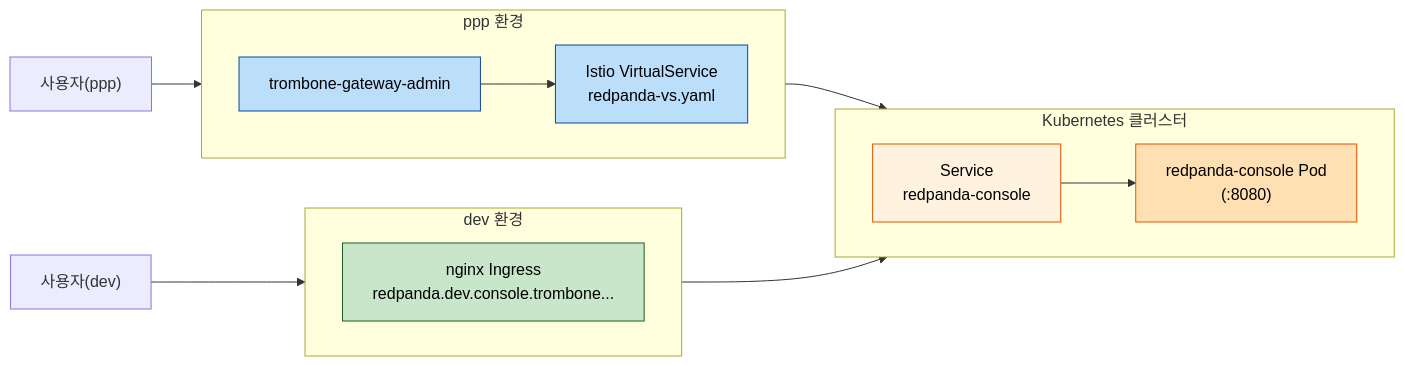
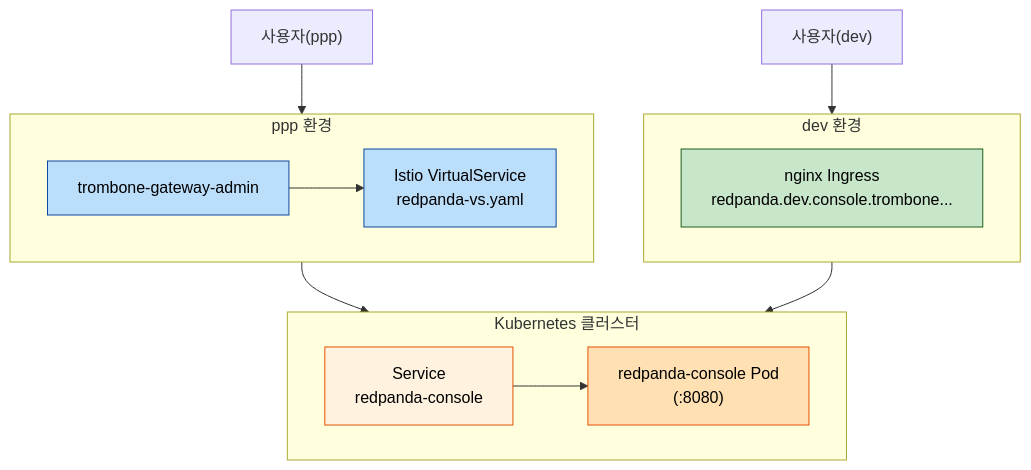
Before and after one commit to scofe97/StduyWrite: the first of 4 diagrams in write/04_messaging/04_BrokerArchitecture/02-02.Redpanda Console 인증.md, drawn with Mermaid. The commit also changed other lines of this file and 19 other files, not shown here.

First line of the commit message:
[runners-high] docs: 04_BrokerArchitecture 폴더 정리 — README 신설 + 학습문서 규칙 수리

````diff
--- a/write/04_messaging/04_BrokerArchitecture/02-02.Redpanda Console 인증.md
+++ b/write/04_messaging/04_BrokerArchitecture/02-02.Redpanda Console 인증.md
@@ -25,27 +29,27 @@
 ```mermaid
-flowchart LR
+graph TD
   subgraph Cluster["Kubernetes 클러스터"]
     direction LR
     POD["redpanda-console Pod<br/>(:8080)"]
     SVC["Service<br/>redpanda-console"]
     SVC --> POD
   end
   subgraph DEV["dev 환경"]
     direction LR
     INGRESS["nginx Ingress<br/>redpanda.dev.console.trombone..."]
   end
   subgraph PPP["ppp 환경"]
     direction LR
     VS["Istio VirtualService<br/>redpanda-vs.yaml"]
     GW["trombone-gateway-admin"]
     GW --> VS
   end
   USER1["사용자(dev)"] --> INGRESS --> SVC
   USER2["사용자(ppp)"] --> GW
   VS --> SVC
   style POD fill:#FFE0B2,color:#000,stroke:#E65100
   style SVC fill:#FFF3E0,color:#000,stroke:#E65100
   style INGRESS fill:#C8E6C9,color:#000,stroke:#1B5E20
   style VS fill:#BBDEFB,color:#000,stroke:#0D47A1
   style GW fill:#BBDEFB,color:#000,stroke:#0D47A1
 ```
````
